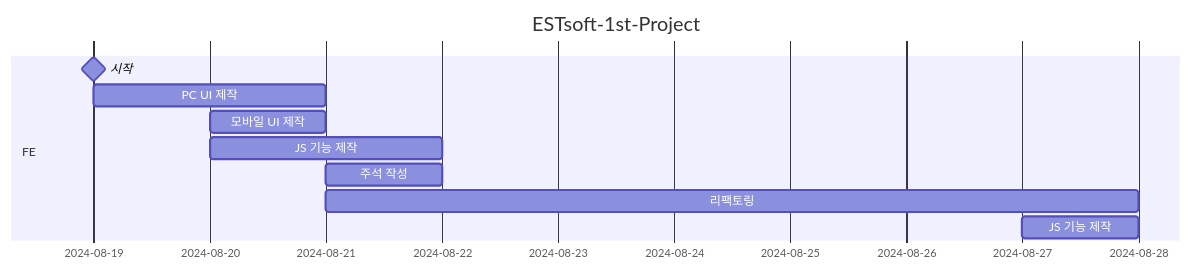
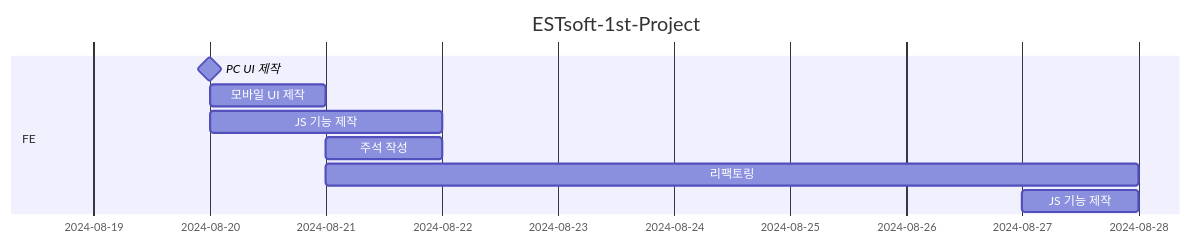
One commit to Jindo-Dog/ESTsoft changed the diagram in README.md. Above: the diagram before and after it, drawn with Mermaid.

Commit message:
docs: README update

````diff
--- a/README.md
+++ b/README.md
@@ -75,15 +75,14 @@
 ```mermaid
 gantt
     title ESTsoft-1st-Project
     dateFormat YYYY-MM-DD
     axisFormat  %Y-%m-%d
     
     section FE
-        시작: milestone, 2024-08-19, 1min
-        PC UI 제작:2024-08-19, 2d
+        PC UI 제작:milestone, 2024-08-19, 2d
         모바일 UI 제작:2024-08-20, 1d
         JS 기능 제작:2024-08-20, 2d
         주석 작성:2024-08-21, 1d
         리팩토링:2024-08-21, 7d
         JS 기능 제작:2024-08-27, 1d
 ```
````
